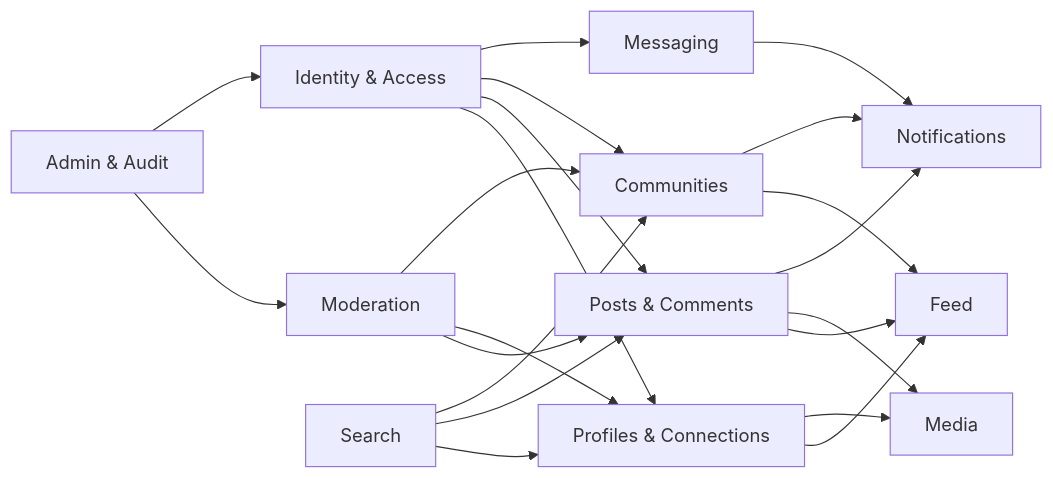
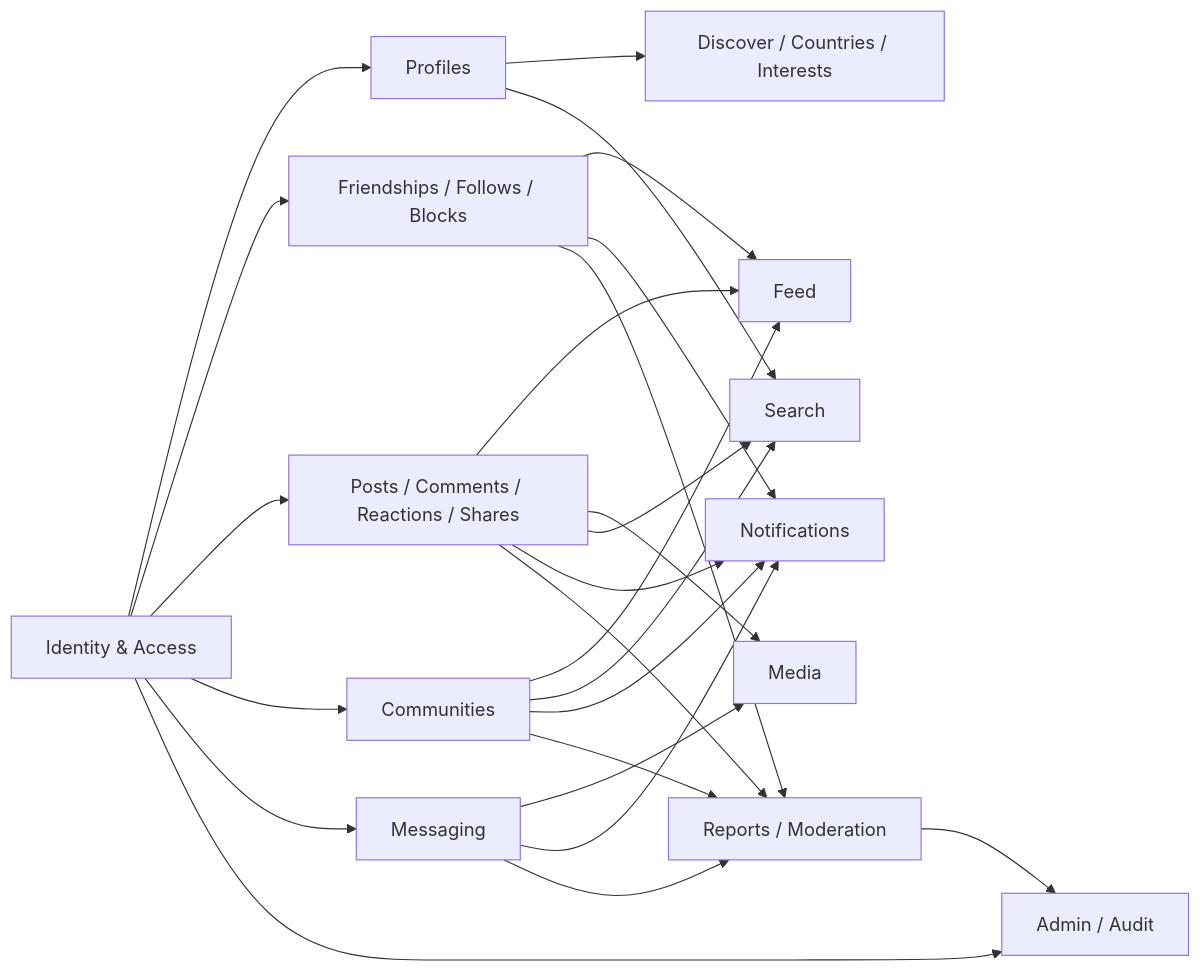
Before and after one commit to Afriab12/AfriLink: the second of 3 diagrams in docs/03-architecture/architecture.md, drawn with Mermaid. The commit also changed other lines of this file, not shown here.

Commit message:
docs: add AfriLink system architecture

````diff
--- a/docs/03-architecture/architecture.md
+++ b/docs/03-architecture/architecture.md
@@ -105,35 +112,27 @@
 ```mermaid
 flowchart LR
-	Identity[Identity & Access]
-	Profile[Profiles & Connections]
-	Content[Posts & Comments]
-	Feed[Feed]
-	Community[Communities]
-	Messaging[Messaging]
-	Notify[Notifications]
-	Media[Media]
-	Moderation[Moderation]
-	Admin[Admin & Audit]
-	Search[Search]
-
-	Identity --> Profile
-	Identity --> Content
-	Identity --> Community
-	Identity --> Messaging
-	Profile --> Feed
-	Content --> Feed
-	Community --> Feed
-	Content --> Media
-	Profile --> Media
-	Messaging --> Notify
-	Content --> Notify
-	Community --> Notify
-	Moderation --> Content
-	Moderation --> Profile
-	Moderation --> Community
-	Admin --> Moderation
-	Admin --> Identity
-	Search --> Profile
-	Search --> Content
-	Search --> Community
+    Identity[Identity & Access] --> Profiles[Profiles]
+    Identity --> Social[Friendships / Follows / Blocks]
+    Identity --> Content[Posts / Comments / Reactions / Shares]
+    Identity --> Communities[Communities]
+    Identity --> Messaging[Messaging]
+    Profiles --> Discover[Discover / Countries / Interests]
+    Social --> Feed[Feed]
+    Content --> Feed
+    Communities --> Feed
+    Content --> Media[Media]
+    Messaging --> Media
+    Content --> Search[Search]
+    Profiles --> Search
+    Communities --> Search
+    Content --> Notifications[Notifications]
+    Social --> Notifications
+    Communities --> Notifications
+    Messaging --> Notifications
+    Content --> Moderation[Reports / Moderation]
+    Messaging --> Moderation
+    Communities --> Moderation
+    Social --> Moderation
+    Moderation --> Admin[Admin / Audit]
+    Identity --> Admin
 ```
````
